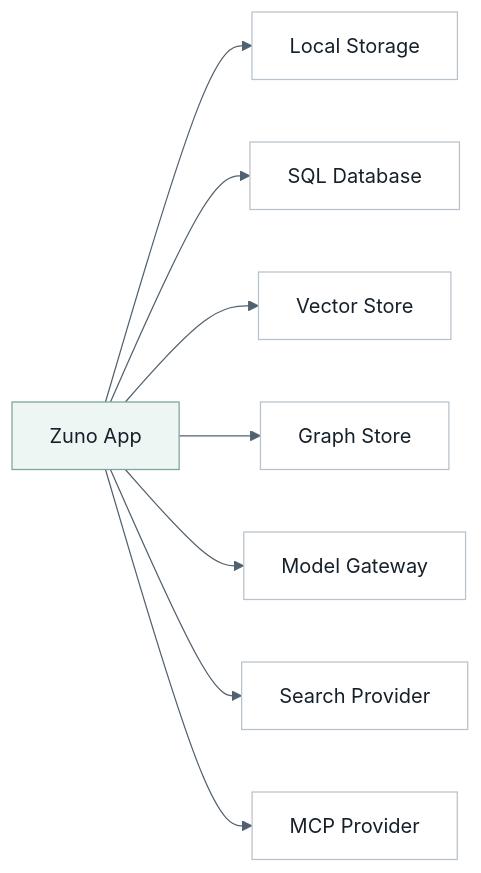
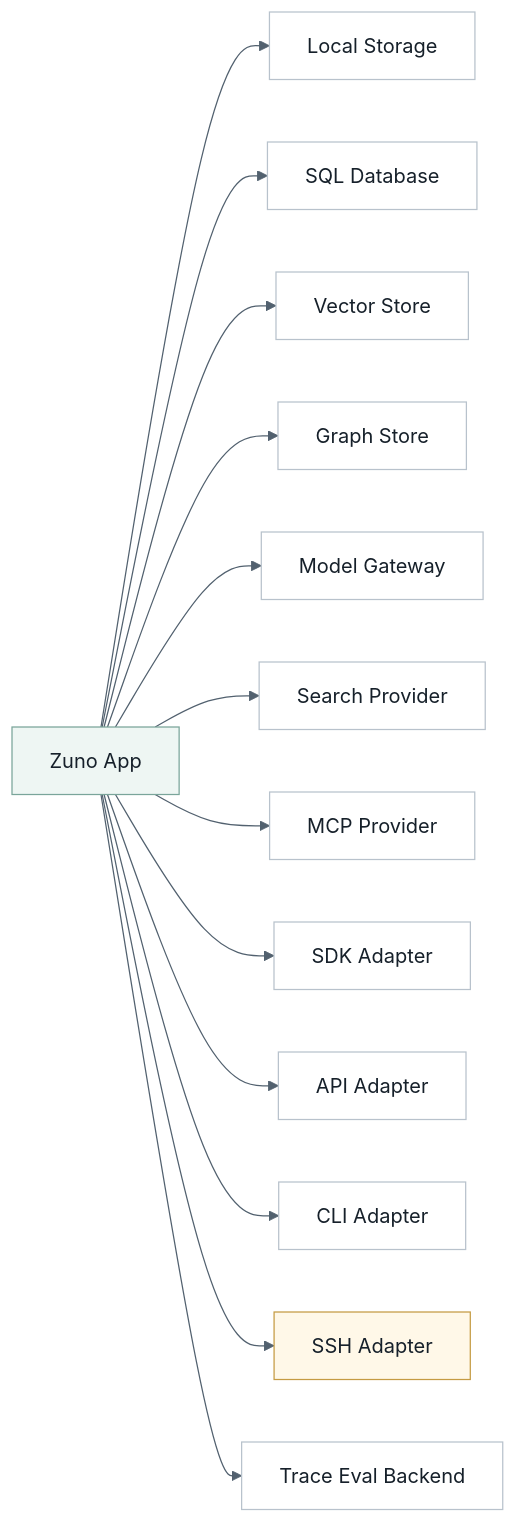
The eighth of 10 diagrams in docs/architecture.md (ProfessorZhi/Zuno), drawn with Mermaid before and after one commit. The commit also changed other lines of this file and 27 other files, not shown here.

Commit message:
docs: detail zuno architecture program

````diff
--- a/docs/architecture.md
+++ b/docs/architecture.md
@@ -293,23 +403,34 @@
 ```mermaid
 %%{init: {"theme": "base", "themeVariables": {"background": "#f7f8fb", "lineColor": "#52616f"}}}%%
 flowchart LR
   classDef node fill:#ffffff,stroke:#b8c2cc,stroke-width:1px,color:#16202a;
   classDef accent fill:#eef6f3,stroke:#7aa59a,stroke-width:1px,color:#16202a;
+  classDef guard fill:#fff8e8,stroke:#c59b43,stroke-width:1px,color:#16202a;
 
   APP["Zuno App"]:::accent
   STORE["Local Storage"]
   SQL["SQL Database"]
   VDB["Vector Store"]
   GDB["Graph Store"]
   MODEL["Model Gateway"]
   SEARCH["Search Provider"]
   MCP["MCP Provider"]
+  SDK["SDK Adapter"]
+  APIAD["API Adapter"]
+  CLI["CLI Adapter"]
+  SSH["SSH Adapter"]:::guard
+  TRACE["Trace Eval Backend"]
   APP --> STORE
   APP --> SQL
   APP --> VDB
   APP --> GDB
   APP --> MODEL
   APP --> SEARCH
   APP --> MCP
-  class STORE,SQL,VDB,GDB,MODEL,SEARCH,MCP node;
+  APP --> SDK
+  APP --> APIAD
+  APP --> CLI
+  APP --> SSH
+  APP --> TRACE
+  class STORE,SQL,VDB,GDB,MODEL,SEARCH,MCP,SDK,APIAD,CLI,TRACE node;
 ```
````
